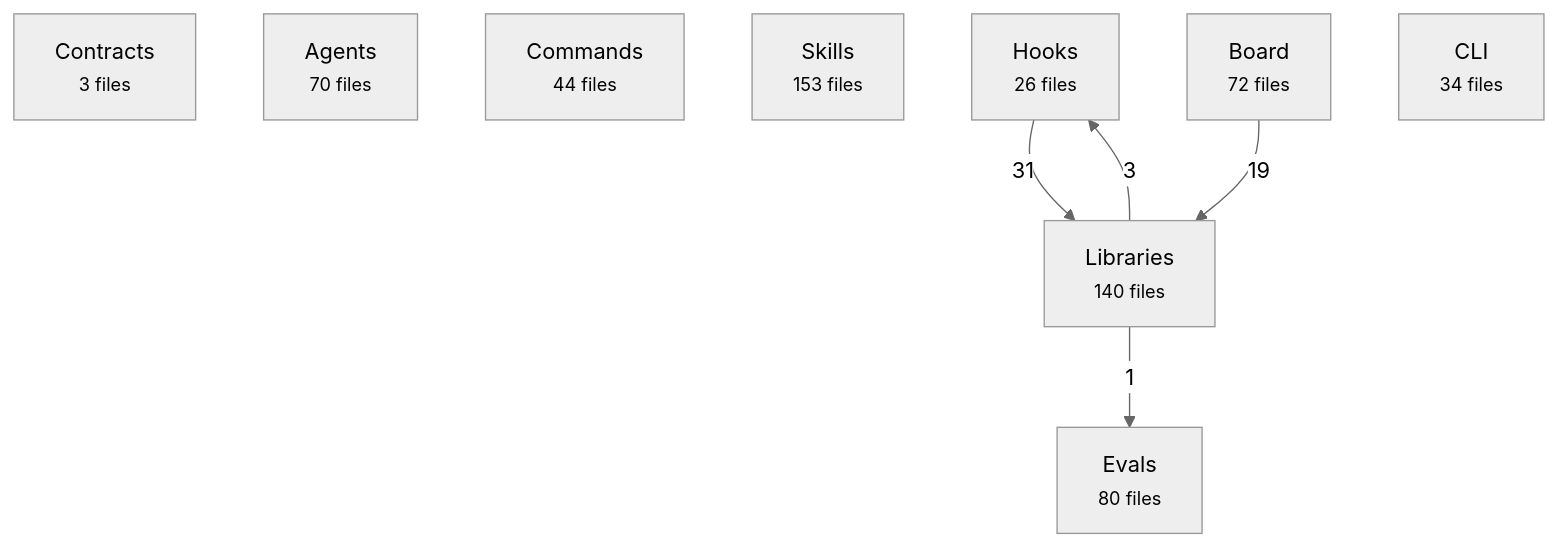
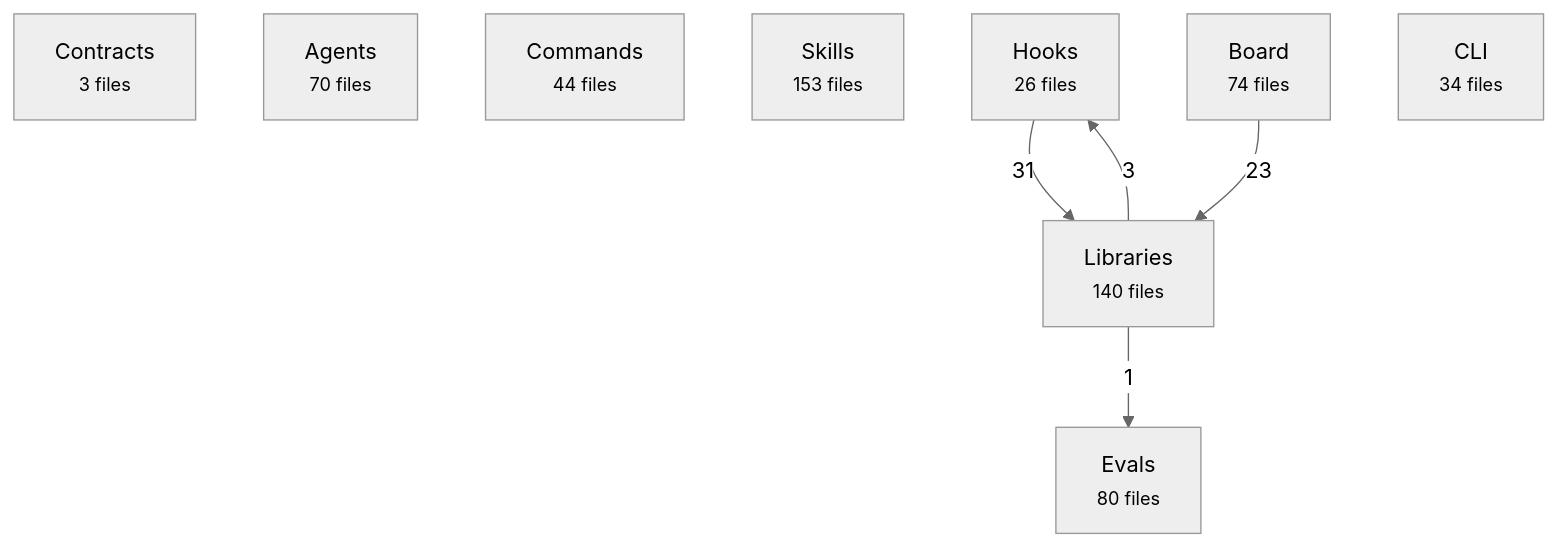
One commit to avelikiy/great_cto changed the first of 2 diagrams in docs/reference/architecture-map.md. Above: the diagram before and after it, drawn with Mermaid (neutral theme). The commit also changed other lines of this file and 10 other files, not shown here.

````diff
--- a/docs/reference/architecture-map.md
+++ b/docs/reference/architecture-map.md
@@ -20,16 +20,16 @@
 ```mermaid
 flowchart TD
   contracts["Contracts<br/><small>3 files</small>"]
   agents["Agents<br/><small>70 files</small>"]
   commands["Commands<br/><small>44 files</small>"]
   skills["Skills<br/><small>153 files</small>"]
   hooks["Hooks<br/><small>26 files</small>"]
   libs["Libraries<br/><small>140 files</small>"]
-  board["Board<br/><small>72 files</small>"]
+  board["Board<br/><small>74 files</small>"]
   cli["CLI<br/><small>34 files</small>"]
   evals["Evals<br/><small>80 files</small>"]
   hooks -->|31| libs
-  board -->|19| libs
+  board -->|23| libs
   libs -->|3| hooks
   libs -->|1| evals
 ```
````
